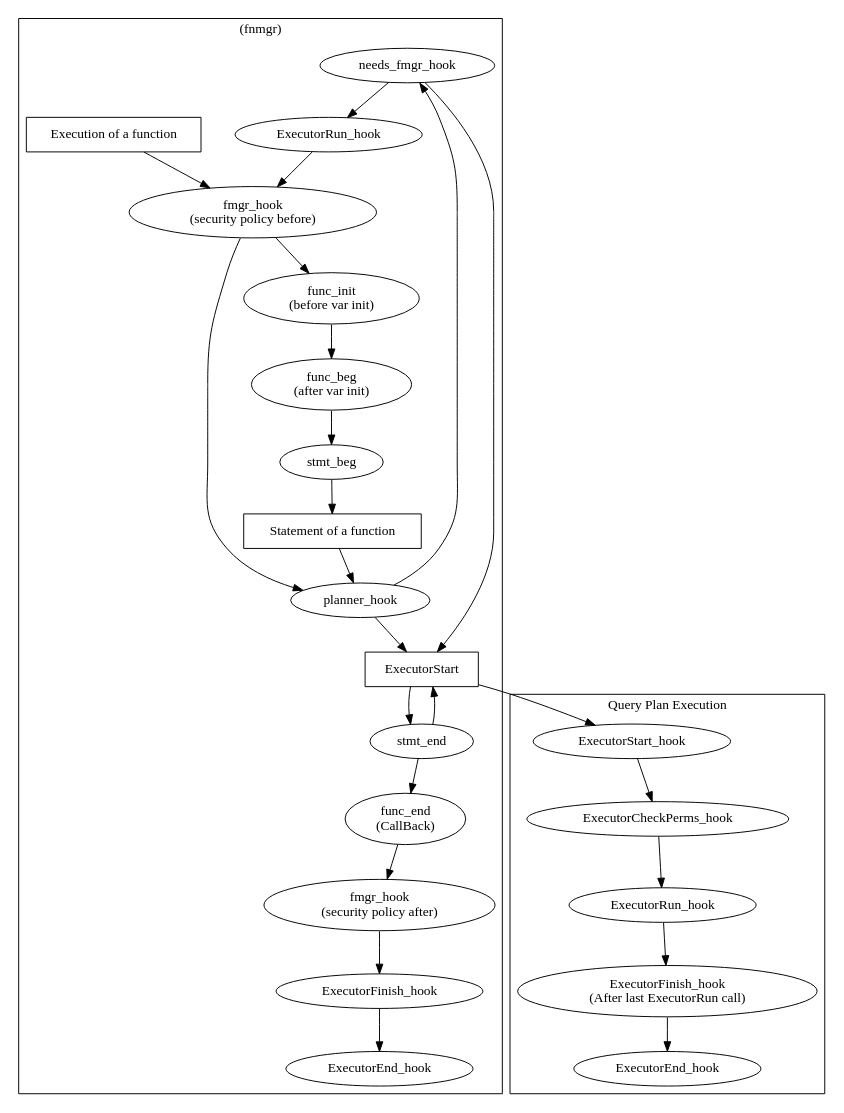
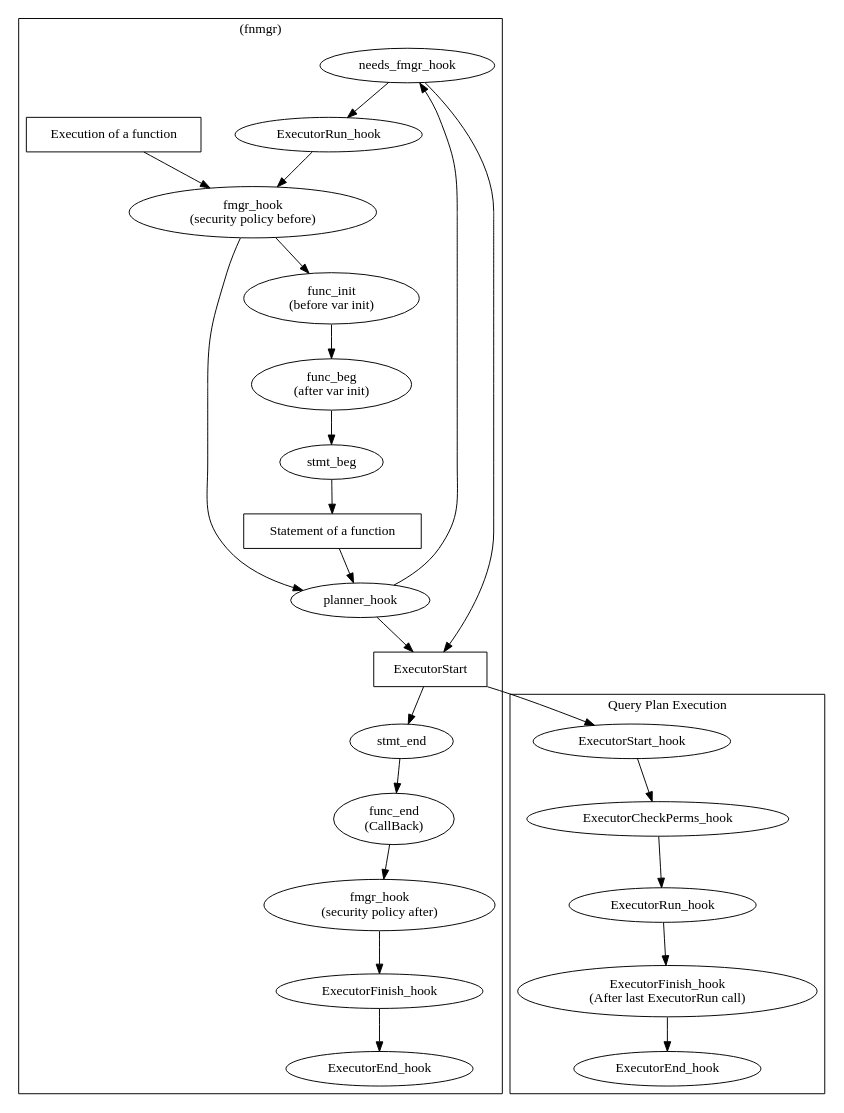
Before and after one commit to frbn/psql-hooks: the diagram in fmgr_hooks.dot, drawn with Graphviz.

Commit message:
correction wqfmgr_hooks

```diff
--- a/fmgr_hooks.dot
+++ b/fmgr_hooks.dot
@@ -1,60 +1,60 @@
 digraph hooks {
-    rankdir=TR
+    // rankdir=TR
     node [shape=box];
     nodesep=0.5;
     needs_fmgr_hook             [shape=ellipse];
 
     planner_hook                [shape=ellipse];
     planner_hook -> ExecutorStart;
 
 	subgraph cluster_0 {label="(fnmgr)" ;
     	fmgr_hook1                  [shape=ellipse][label="fmgr_hook \n(security policy before)"];
     	fmgr_hook2                  [shape=ellipse][label="fmgr_hook \n(security policy after)"];
     	func_init                   [shape=ellipse][label="func_init \n(before var init)"];
     	func_beg                    [shape=ellipse][label="func_beg \n(after var init)"];
     	func_end                    [shape=ellipse][label="func_end \n(CallBack)"];
     	ExecutorRun_hook            [shape=ellipse][label="ExecutorRun_hook"];
     	ExecutorFinish_hook            [shape=ellipse][label="ExecutorFinish_hook"];
     	ExecutorEnd_hook            [shape=ellipse][label="ExecutorEnd_hook"];
 
     	"Statement of a function" ;
       "Execution of a function" ;
     	needs_fmgr_hook             [shape=ellipse];
     	stmt_beg                    [shape=ellipse];
     	stmt_end                    [shape=ellipse];
 
     	"Execution of a function" -> fmgr_hook1;
     	fmgr_hook1 -> func_init  -> func_beg;
     	stmt_beg -> "Statement of a function" ;
       planner_hook -> needs_fmgr_hook ;
       needs_fmgr_hook -> ExecutorStart ;
       needs_fmgr_hook -> ExecutorRun_hook -> fmgr_hook1 -> planner_hook;
     	"Statement of a function" -> planner_hook ;
-      ExecutorStart -> stmt_end -> ExecutorStart ;
+      ExecutorStart -> stmt_end ;
     	func_beg -> stmt_beg;
     	stmt_end -> func_end;
     	func_end -> fmgr_hook2 ;
       fmgr_hook2 -> ExecutorFinish_hook -> ExecutorEnd_hook ;
 
     }
 
 
 	subgraph cluster_3 {
     label="Query Plan Execution";
     QPExecutorStart_hook          [shape=ellipse][label="ExecutorStart_hook"];
     QPExecutorCheckPerms_hook     [shape=ellipse][label="ExecutorCheckPerms_hook"];
     QPExecutorRun_hook            [shape=ellipse][label="ExecutorRun_hook"];
     QPExecutorEnd_hook            [shape=ellipse][label="ExecutorEnd_hook"];
     QPExecutorFinish_hook [shape=ellipse][label="ExecutorFinish_hook\n(After last ExecutorRun call)"];
 		"ExecutorStart"
         -> QPExecutorStart_hook
         -> QPExecutorCheckPerms_hook
 		    -> QPExecutorRun_hook
         -> QPExecutorFinish_hook
 		    -> QPExecutorEnd_hook
 	}
 
 
 
 
 }
```
